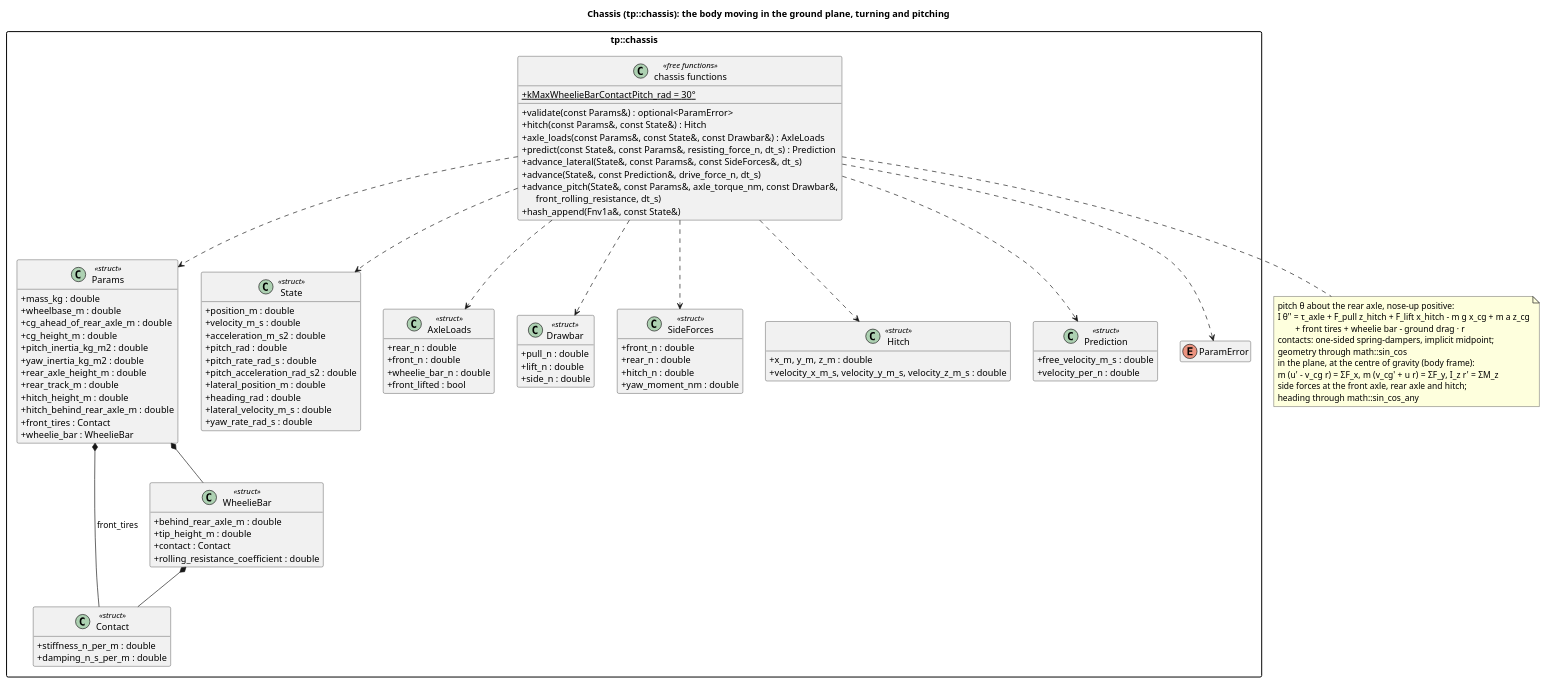
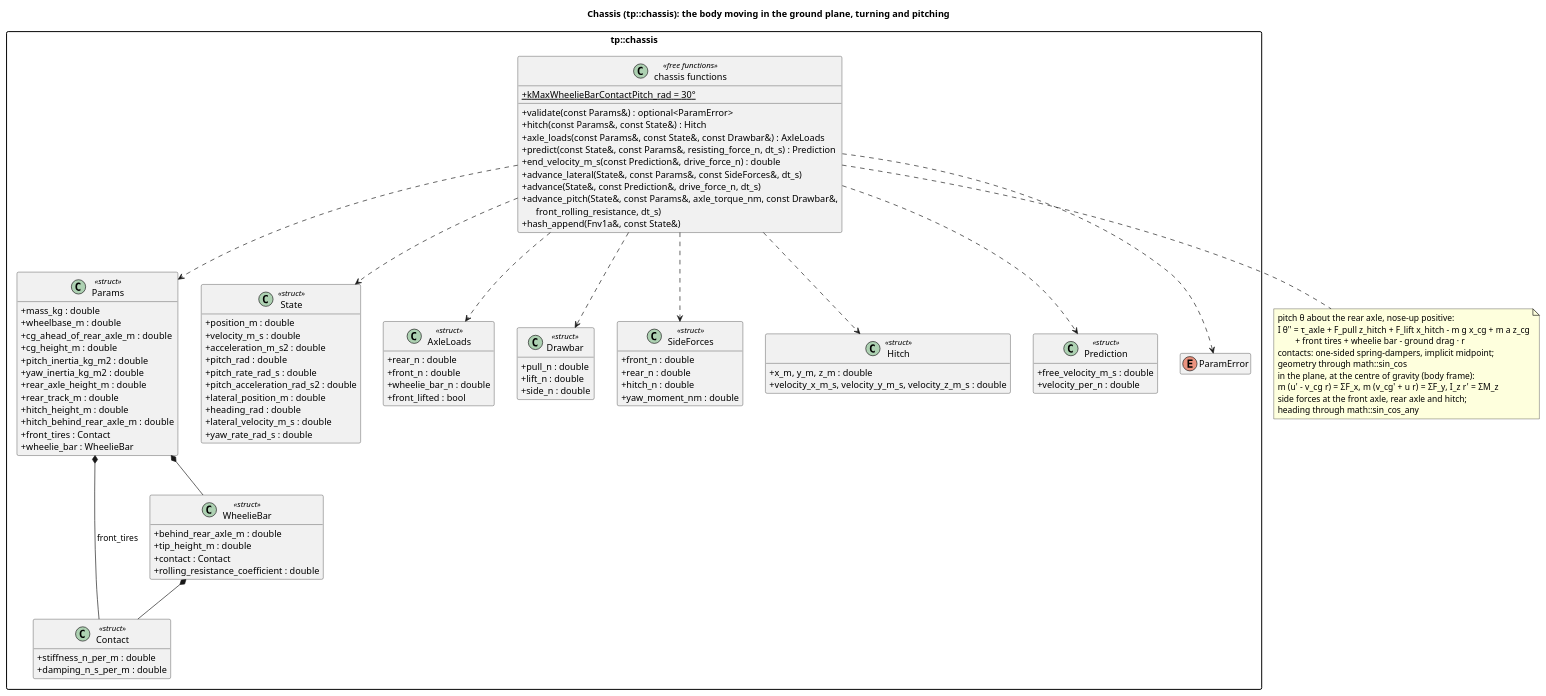
The diagram in docs/diagrams/chassis_classes.puml (wversteeg/TractorPulling), drawn with PlantUML before and after one commit. The commit also changed 16 other files, not shown here.

```diff
--- a/docs/diagrams/chassis_classes.puml
+++ b/docs/diagrams/chassis_classes.puml
@@ -1,104 +1,105 @@
 @startuml chassis_classes
 title Chassis (tp::chassis): the body moving in the ground plane, turning and pitching
 hide empty members
 skinparam packageStyle rectangle
 skinparam classAttributeIconSize 0
 
 package "tp::chassis" {
   class Params <<struct>> {
     +mass_kg : double
     +wheelbase_m : double
     +cg_ahead_of_rear_axle_m : double
     +cg_height_m : double
     +pitch_inertia_kg_m2 : double
     +yaw_inertia_kg_m2 : double
     +rear_axle_height_m : double
     +rear_track_m : double
     +hitch_height_m : double
     +hitch_behind_rear_axle_m : double
     +front_tires : Contact
     +wheelie_bar : WheelieBar
   }
   class Contact <<struct>> {
     +stiffness_n_per_m : double
     +damping_n_s_per_m : double
   }
   class WheelieBar <<struct>> {
     +behind_rear_axle_m : double
     +tip_height_m : double
     +contact : Contact
     +rolling_resistance_coefficient : double
   }
   class State <<struct>> {
     +position_m : double
     +velocity_m_s : double
     +acceleration_m_s2 : double
     +pitch_rad : double
     +pitch_rate_rad_s : double
     +pitch_acceleration_rad_s2 : double
     +lateral_position_m : double
     +heading_rad : double
     +lateral_velocity_m_s : double
     +yaw_rate_rad_s : double
   }
   class AxleLoads <<struct>> {
     +rear_n : double
     +front_n : double
     +wheelie_bar_n : double
     +front_lifted : bool
   }
   class Drawbar <<struct>> {
     +pull_n : double
     +lift_n : double
     +side_n : double
   }
   class SideForces <<struct>> {
     +front_n : double
     +rear_n : double
     +hitch_n : double
     +yaw_moment_nm : double
   }
   class Hitch <<struct>> {
     +x_m, y_m, z_m : double
     +velocity_x_m_s, velocity_y_m_s, velocity_z_m_s : double
   }
   class Prediction <<struct>> {
     +free_velocity_m_s : double
     +velocity_per_n : double
   }
   enum ParamError
   class "chassis functions" as ChassisFns <<free functions>> {
     +{static} kMaxWheelieBarContactPitch_rad = 30°
     +validate(const Params&) : optional<ParamError>
     +hitch(const Params&, const State&) : Hitch
     +axle_loads(const Params&, const State&, const Drawbar&) : AxleLoads
     +predict(const State&, const Params&, resisting_force_n, dt_s) : Prediction
+    +end_velocity_m_s(const Prediction&, drive_force_n) : double
     +advance_lateral(State&, const Params&, const SideForces&, dt_s)
     +advance(State&, const Prediction&, drive_force_n, dt_s)
     +advance_pitch(State&, const Params&, axle_torque_nm, const Drawbar&,\n      front_rolling_resistance, dt_s)
     +hash_append(Fnv1a&, const State&)
   }
   Params *-- Contact : front_tires
   Params *-- WheelieBar
   WheelieBar *-- Contact
   ChassisFns ..> Params
   ChassisFns ..> State
   ChassisFns ..> AxleLoads
   ChassisFns ..> Prediction
   ChassisFns ..> Drawbar
   ChassisFns ..> Hitch
   ChassisFns ..> SideForces
   ChassisFns ..> ParamError
 }
 note bottom of ChassisFns
   pitch θ about the rear axle, nose-up positive:
   I θ'' = τ_axle + F_pull z_hitch + F_lift x_hitch - m g x_cg + m a z_cg
           + front tires + wheelie bar - ground drag · r
   contacts: one-sided spring-dampers, implicit midpoint;
   geometry through math::sin_cos
   in the plane, at the centre of gravity (body frame):
   m (u' - v_cg r) = ΣF_x,  m (v_cg' + u r) = ΣF_y,  I_z r' = ΣM_z
   side forces at the front axle, rear axle and hitch;
   heading through math::sin_cos_any
 end note
 @enduml
```
